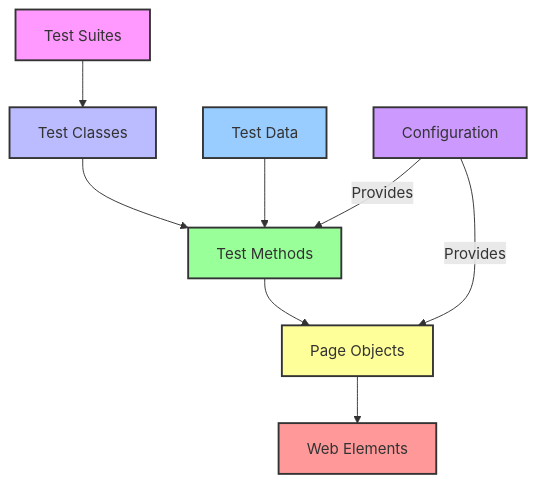
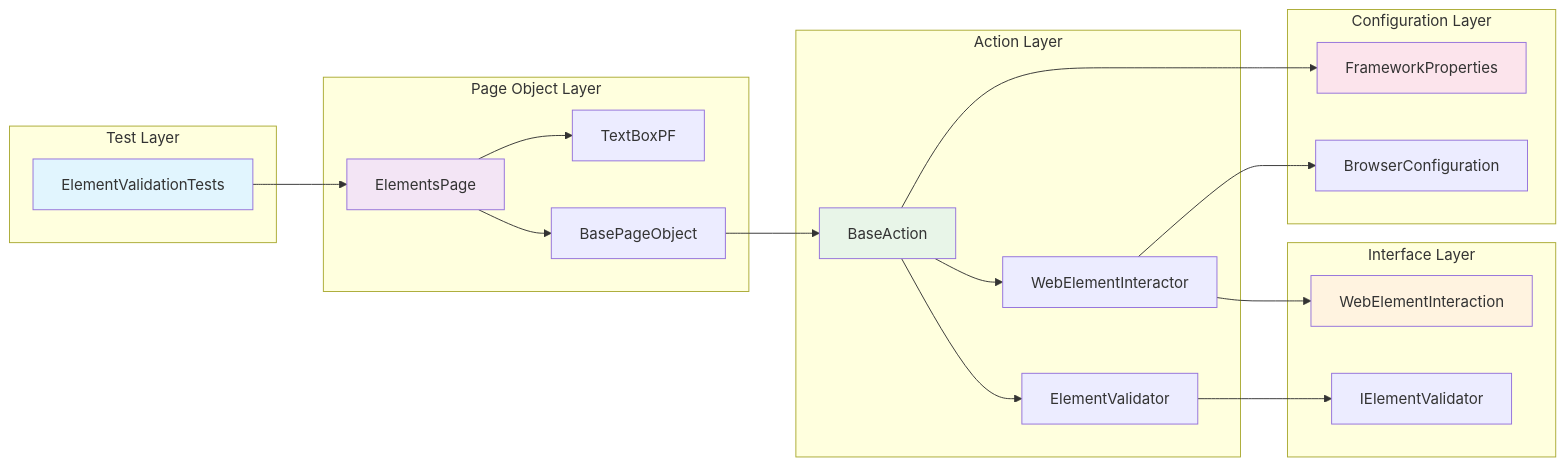
The fourth of 23 diagrams in README.md (ravikukreja87/SpringBootTestAutomationFramework), drawn with Mermaid before and after one commit. The commit also changed other lines of this file, not shown here.

````diff
--- a/README.md
+++ b/README.md
@@ -76,18 +262,45 @@
 ```mermaid
-graph TD
-    A[Test Suites] --> B[Test Classes]
-    B --> C[Test Methods]
-    C --> D[Page Objects]
-    D --> E[Web Elements]
-    F[Test Data] --> C
-    G[Configuration] -->|Provides| C
-    G -->|Provides| D
+graph LR
+    subgraph "Test Layer"
+        A[ElementValidationTests]
+    end
     
-    style A fill:#f9f,stroke:#333,stroke-width:2px
-    style B fill:#bbf,stroke:#333,stroke-width:2px
-    style C fill:#9f9,stroke:#333,stroke-width:2px
-    style D fill:#ff9,stroke:#333,stroke-width:2px
-    style E fill:#f99,stroke:#333,stroke-width:2px
-    style F fill:#9cf,stroke:#333,stroke-width:2px
-    style G fill:#c9f,stroke:#333,stroke-width:2px
+    subgraph "Page Object Layer"
+        B[ElementsPage]
+        C[TextBoxPF]
+        D[BasePageObject]
+    end
+    
+    subgraph "Action Layer"
+        E[BaseAction]
+        F[WebElementInteractor]
+        G[ElementValidator]
+    end
+    
+    subgraph "Interface Layer"
+        H[WebElementInteraction]
+        I[IElementValidator]
+    end
+    
+    subgraph "Configuration Layer"
+        J[FrameworkProperties]
+        K[BrowserConfiguration]
+    end
+    
+    A --> B
+    B --> C
+    B --> D
+    D --> E
+    E --> F
+    E --> G
+    F --> H
+    G --> I
+    E --> J
+    F --> K
+    
+    style A fill:#e1f5fe
+    style B fill:#f3e5f5
+    style E fill:#e8f5e8
+    style H fill:#fff3e0
+    style J fill:#fce4ec
 ```
````
